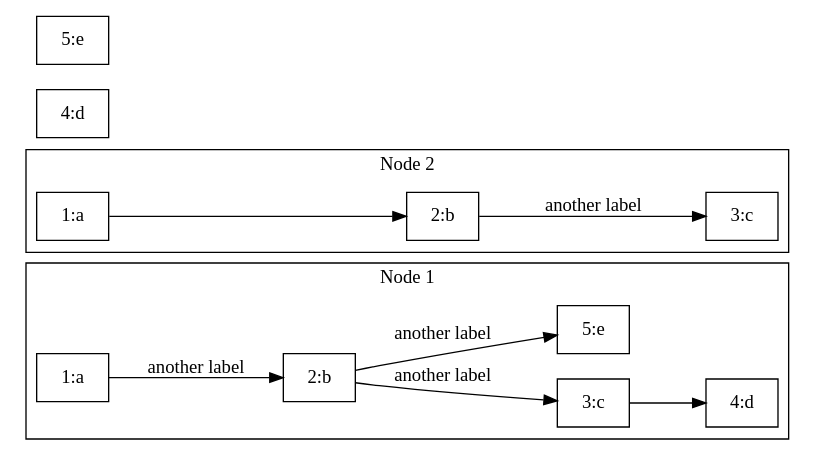
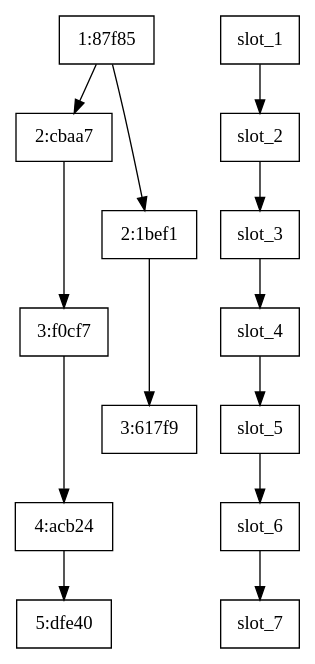
The diagram in consensus/simulation/test.dot (quantonganh/incognito-chain), drawn with Graphviz before and after one commit. The commit also changed 2 other files, not shown here.

```diff
--- a/consensus/simulation/test.dot
+++ b/consensus/simulation/test.dot
@@ -1,34 +1,30 @@
 digraph {
     node [shape=record];
-    rankdir="LR";
     newrank=true;
-    node1_1a [label = "1:a"]
-    node1_1b [label = "2:b"]
-    node1_1c [label = "3:c"]
-    node1_1d [label = "4:d"]
-    node1_1e [label = "5:e"]
-
-    node2_1a [label = "1:a"]
-    node2_1b [label = "2:b"]
-    node2_1c [label = "3:c"]
-    node2_1d [label = "4:d"]
-    node2_1e [label = "5:e"]
-
-    {rank = same; node1_1a; node2_1a;}
-    {rank = same; node1_1d; node2_1c;}
-
-    subgraph cluster_0 {
-        label="Node 1";
-        node1_1a -> node1_1b [ label="another label"];
-        node1_1b -> node1_1c [ label="another label"];
-        node1_1c -> node1_1d;
-        node1_1b -> node1_1e [ label="another label"];
-    }
-
-    subgraph cluster_2 {
-        label="Node 2";
-        node2_1a -> node2_1b;
-        node2_1b -> node2_1c [ label="another label"];
-    }
-
+    n1_5_dfe40 [label = "5:dfe40"]
+    {rank=same; n1_5_dfe40; slot_7;}
+    n1_1_87f85 [label = "1:87f85"]
+    {rank=same; n1_1_87f85; slot_1;}
+    n1_2_cbaa7 [label = "2:cbaa7"]
+    {rank=same; n1_2_cbaa7; slot_2;}
+    n1_2_1bef1 [label = "2:1bef1"]
+    {rank=same; n1_2_1bef1; slot_3;}
+    n1_3_f0cf7 [label = "3:f0cf7"]
+    {rank=same; n1_3_f0cf7; slot_4;}
+    n1_3_617f9 [label = "3:617f9"]
+    {rank=same; n1_3_617f9; slot_5;}
+    n1_4_acb24 [label = "4:acb24"]
+    {rank=same; n1_4_acb24; slot_6;}
+    slot_1 -> slot_2;
+    slot_2 -> slot_3;
+    slot_3 -> slot_4;
+    slot_4 -> slot_5;
+    slot_5 -> slot_6;
+    slot_6 -> slot_7;
+    n1_1_87f85 -> n1_2_cbaa7;
+    n1_2_cbaa7 -> n1_3_f0cf7;
+    n1_3_f0cf7 -> n1_4_acb24;
+    n1_4_acb24 -> n1_5_dfe40;
+    n1_1_87f85 -> n1_2_1bef1;
+    n1_2_1bef1 -> n1_3_617f9;
 }
```
